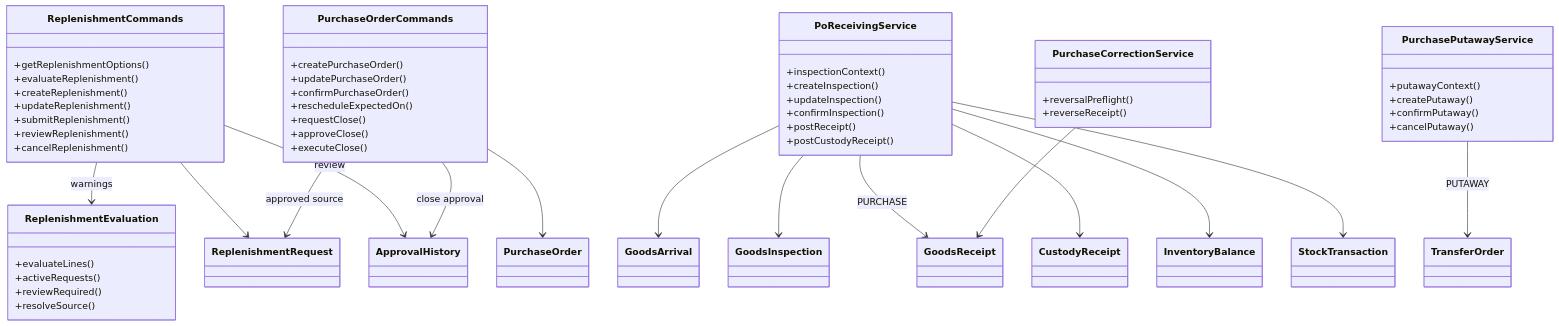
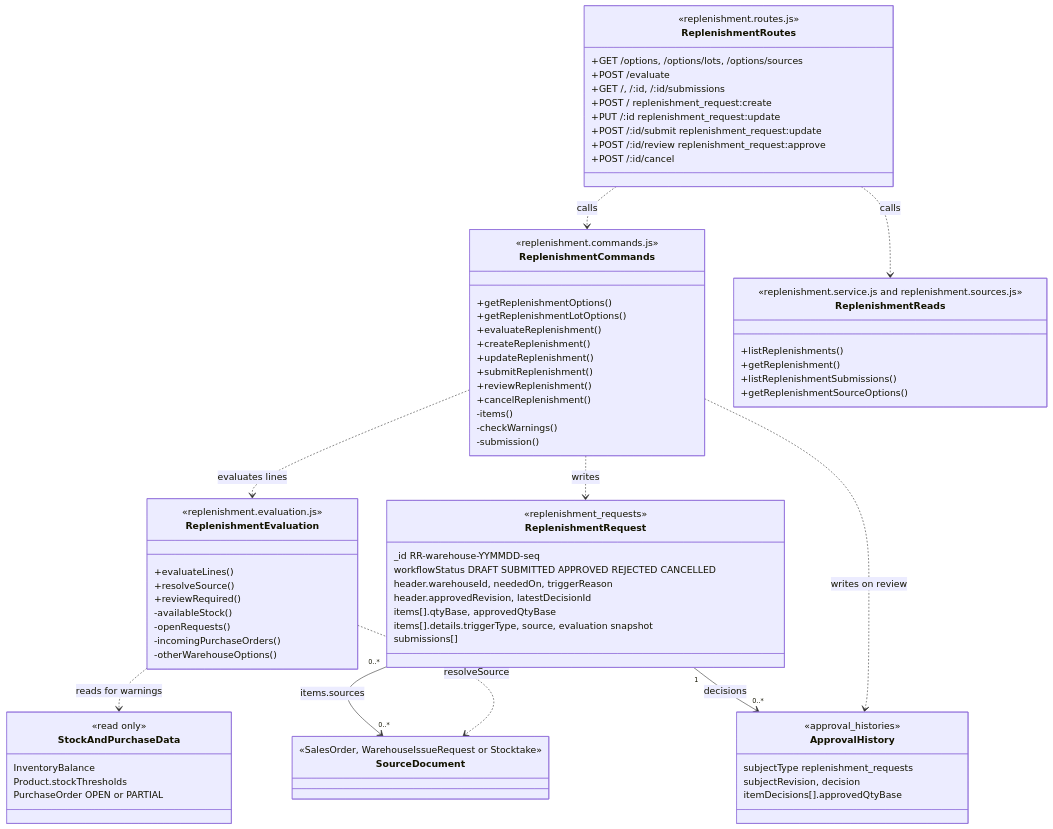
Before and after one commit to bupbalabup/wmsd_be: the seventh of 32 diagrams in git_doc/docs/01_bao_cao/WMSD_Report4_Draft.md, drawn with Mermaid. The commit also changed other lines of this file and 10 other files, not shown here.

First line of the commit message:
feat(replenishments): remove REVISION_REQUIRED status and update workflows

````diff
--- a/git_doc/docs/01_bao_cao/WMSD_Report4_Draft.md
+++ b/git_doc/docs/01_bao_cao/WMSD_Report4_Draft.md
@@ -1878,69 +1886,79 @@
 ```mermaid
 classDiagram
+  class ReplenishmentRoutes {
+    <<replenishment.routes.js>>
+    +GET /options, /options/lots, /options/sources
+    +POST /evaluate
+    +GET /, /:id, /:id/submissions
+    +POST / replenishment_request:create
+    +PUT /:id replenishment_request:update
+    +POST /:id/submit replenishment_request:update
+    +POST /:id/review replenishment_request:approve
+    +POST /:id/cancel
+  }
   class ReplenishmentCommands {
+    <<replenishment.commands.js>>
     +getReplenishmentOptions()
+    +getReplenishmentLotOptions()
     +evaluateReplenishment()
     +createReplenishment()
     +updateReplenishment()
     +submitReplenishment()
     +reviewReplenishment()
     +cancelReplenishment()
+    -items()
+    -checkWarnings()
+    -submission()
   }
   class ReplenishmentEvaluation {
+    <<replenishment.evaluation.js>>
     +evaluateLines()
-    +activeRequests()
+    +resolveSource()
     +reviewRequired()
-    +resolveSource()
+    -availableStock()
+    -openRequests()
+    -incomingPurchaseOrders()
+    -otherWarehouseOptions()
   }
-  class PurchaseOrderCommands {
-    +createPurchaseOrder()
-    +updatePurchaseOrder()
-    +confirmPurchaseOrder()
-    +rescheduleExpectedOn()
-    +requestClose()
-    +approveClose()
-    +executeClose()
+  class ReplenishmentReads {
+    <<replenishment.service.js and replenishment.sources.js>>
+    +listReplenishments()
+    +getReplenishment()
+    +listReplenishmentSubmissions()
+    +getReplenishmentSourceOptions()
   }
-  class PoReceivingService {
-    +inspectionContext()
-    +createInspection()
-    +updateInspection()
-    +confirmInspection()
-    +postReceipt()
-    +postCustodyReceipt()
+  class ReplenishmentRequest {
+    <<replenishment_requests>>
+    _id RR-warehouse-YYMMDD-seq
+    workflowStatus DRAFT SUBMITTED APPROVED REJECTED CANCELLED
+    header.warehouseId, neededOn, triggerReason
+    header.approvedRevision, latestDecisionId
+    items[].qtyBase, approvedQtyBase
+    items[].details.triggerType, source, evaluation snapshot
+    submissions[]
   }
-  class PurchasePutawayService {
-    +putawayContext()
-    +createPutaway()
-    +confirmPutaway()
-    +cancelPutaway()
+  class ApprovalHistory {
+    <<approval_histories>>
+    subjectType replenishment_requests
+    subjectRevision, decision
+    itemDecisions[].approvedQtyBase
   }
-  class PurchaseCorrectionService {
-    +reversalPreflight()
-    +reverseReceipt()
+  class SourceDocument {
+    <<SalesOrder, WarehouseIssueRequest or Stocktake>>
   }
-  class ReplenishmentRequest
-  class PurchaseOrder
-  class GoodsArrival
-  class GoodsInspection
-  class GoodsReceipt
-  class CustodyReceipt
-  class TransferOrder
-  class InventoryBalance
-  class StockTransaction
-  class ApprovalHistory
-  ReplenishmentCommands --> ReplenishmentEvaluation : warnings
-  ReplenishmentCommands --> ReplenishmentRequest
-  ReplenishmentCommands --> ApprovalHistory : review
-  PurchaseOrderCommands --> PurchaseOrder
-  PurchaseOrderCommands --> ReplenishmentRequest : approved source
-  PurchaseOrderCommands --> ApprovalHistory : close approval
-  PoReceivingService --> GoodsArrival
-  PoReceivingService --> GoodsInspection
-  PoReceivingService --> GoodsReceipt : PURCHASE
-  PoReceivingService --> CustodyReceipt
-  PoReceivingService --> InventoryBalance
-  PoReceivingService --> StockTransaction
-  PurchasePutawayService --> TransferOrder : PUTAWAY
-  PurchaseCorrectionService --> GoodsReceipt
+  class StockAndPurchaseData {
+    <<read only>>
+    InventoryBalance
+    Product.stockThresholds
+    PurchaseOrder OPEN or PARTIAL
+  }
+  ReplenishmentRoutes ..> ReplenishmentCommands : calls
+  ReplenishmentRoutes ..> ReplenishmentReads : calls
+  ReplenishmentCommands ..> ReplenishmentEvaluation : evaluates lines
+  ReplenishmentEvaluation ..> SourceDocument : resolveSource
+  ReplenishmentEvaluation ..> StockAndPurchaseData : reads for warnings
+  ReplenishmentCommands ..> ReplenishmentRequest : writes
+  ReplenishmentCommands ..> ApprovalHistory : writes on review
+  ReplenishmentRequest "1" --> "0..*" ApprovalHistory : decisions
+  ReplenishmentRequest "0..*" --> "0..*" SourceDocument : items.sources
 ```
````
